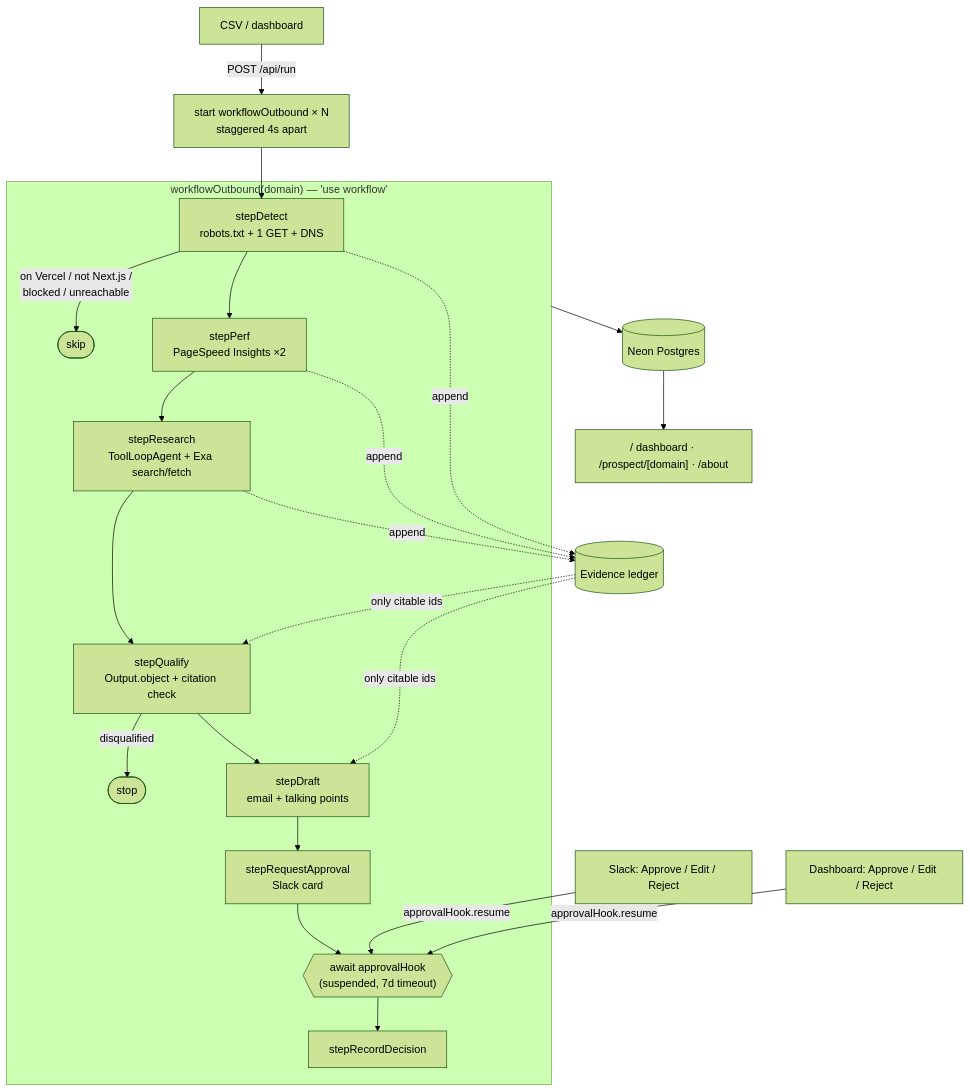
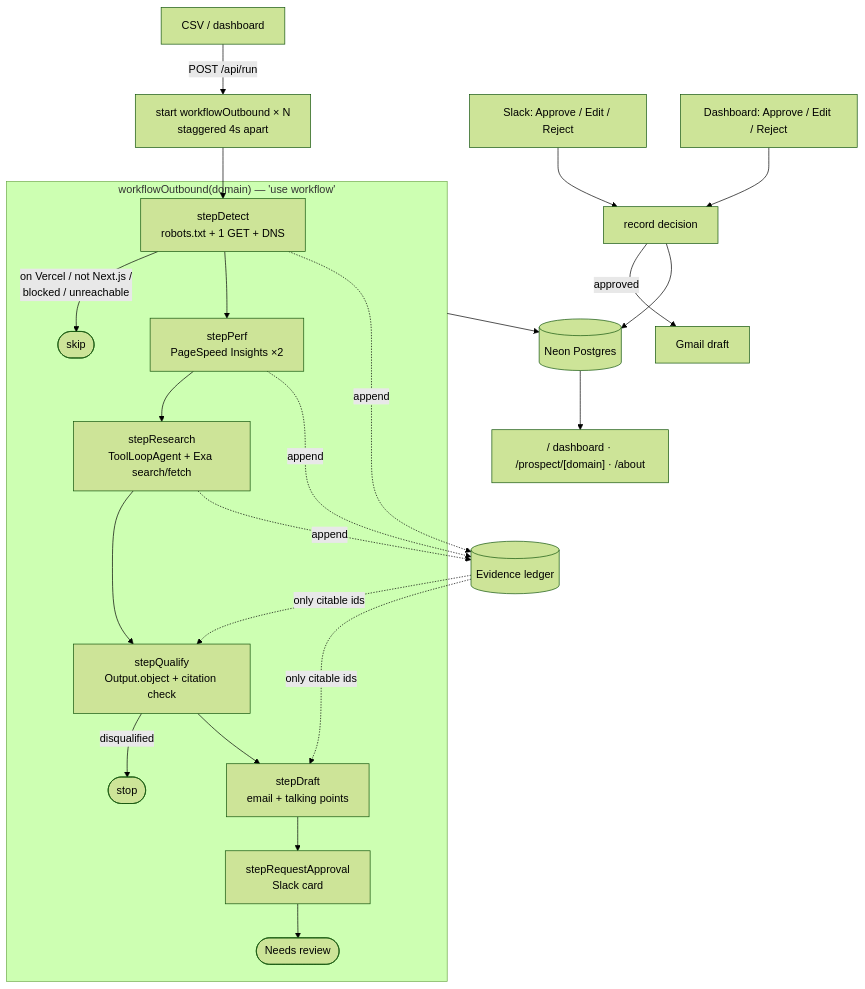
One commit to alvinalaphat/next-prospect changed the diagram in README.md. Above: the diagram before and after it, drawn with Mermaid (forest theme). The commit also changed other lines of this file and 15 other files, not shown here.

First line of the commit message:
End each prospect run at Needs review instead of suspending for a decision.

````diff
--- a/README.md
+++ b/README.md
@@ -43,26 +43,27 @@
 ```mermaid
 flowchart TD
     CSV[CSV / dashboard] -->|POST /api/run| RUN[start workflowOutbound × N<br/>staggered 4s apart]
     RUN --> D
 
     subgraph WF["workflowOutbound(domain) — 'use workflow'"]
         D["stepDetect<br/>robots.txt + 1 GET + DNS"] -->|on Vercel / not Next.js /<br/>blocked / unreachable| STOP1([skip])
         D --> P["stepPerf<br/>PageSpeed Insights ×2"]
         P --> R["stepResearch<br/>ToolLoopAgent + Exa search/fetch"]
         R --> Q["stepQualify<br/>Output.object + citation check"]
         Q -->|disqualified| STOP2([stop])
         Q --> DR["stepDraft<br/>email + talking points"]
         DR --> H["stepRequestApproval<br/>Slack card"]
-        H --> HOOK{{"await approvalHook<br/>(suspended, 7d timeout)"}}
-        HOOK --> REC[stepRecordDecision]
+        H --> DONE([Needs review])
     end
 
     D & P & R -.->|append| LEDGER[(Evidence ledger)]
     LEDGER -.->|only citable ids| Q & DR
 
-    SLACK[Slack: Approve / Edit / Reject] -->|approvalHook.resume| HOOK
-    DASH[Dashboard: Approve / Edit / Reject] -->|approvalHook.resume| HOOK
+    SLACK[Slack: Approve / Edit / Reject] --> DEC[record decision]
+    DASH[Dashboard: Approve / Edit / Reject] --> DEC
+    DEC -->|approved| GMAIL[Gmail draft]
+    DEC --> DB
 
     WF --> DB[(Neon Postgres)]
     DB --> UI["/ dashboard · /prospect/[domain] · /about"]
 ```
````
